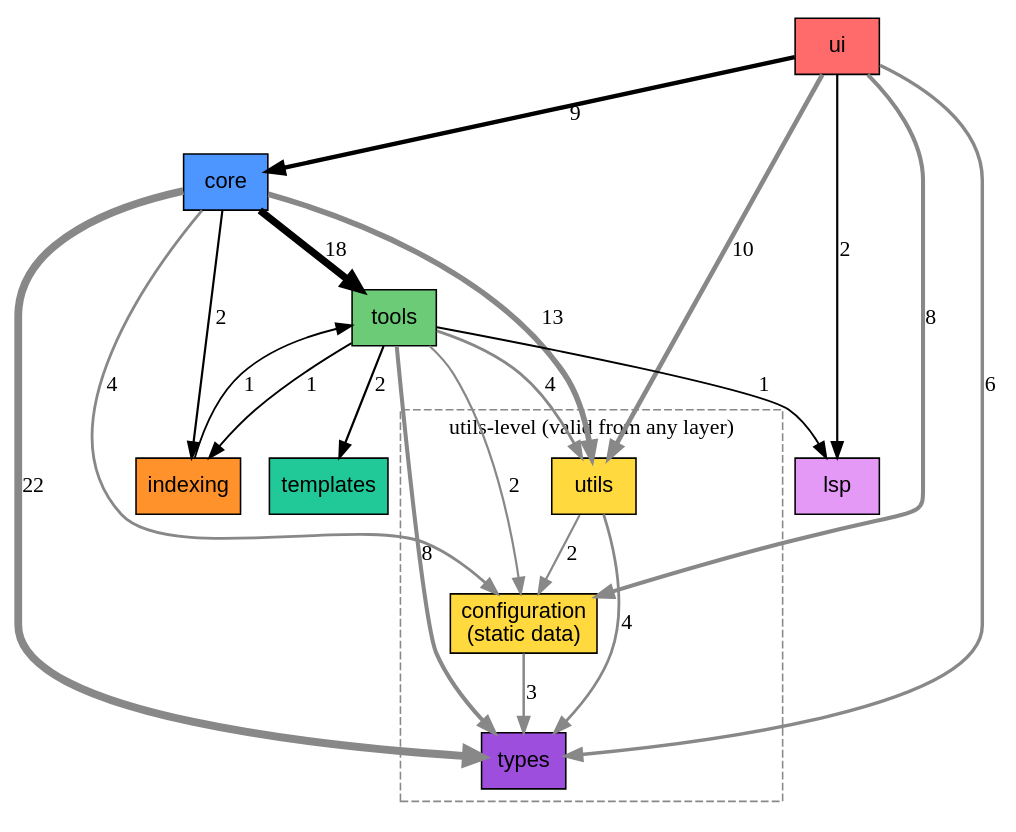
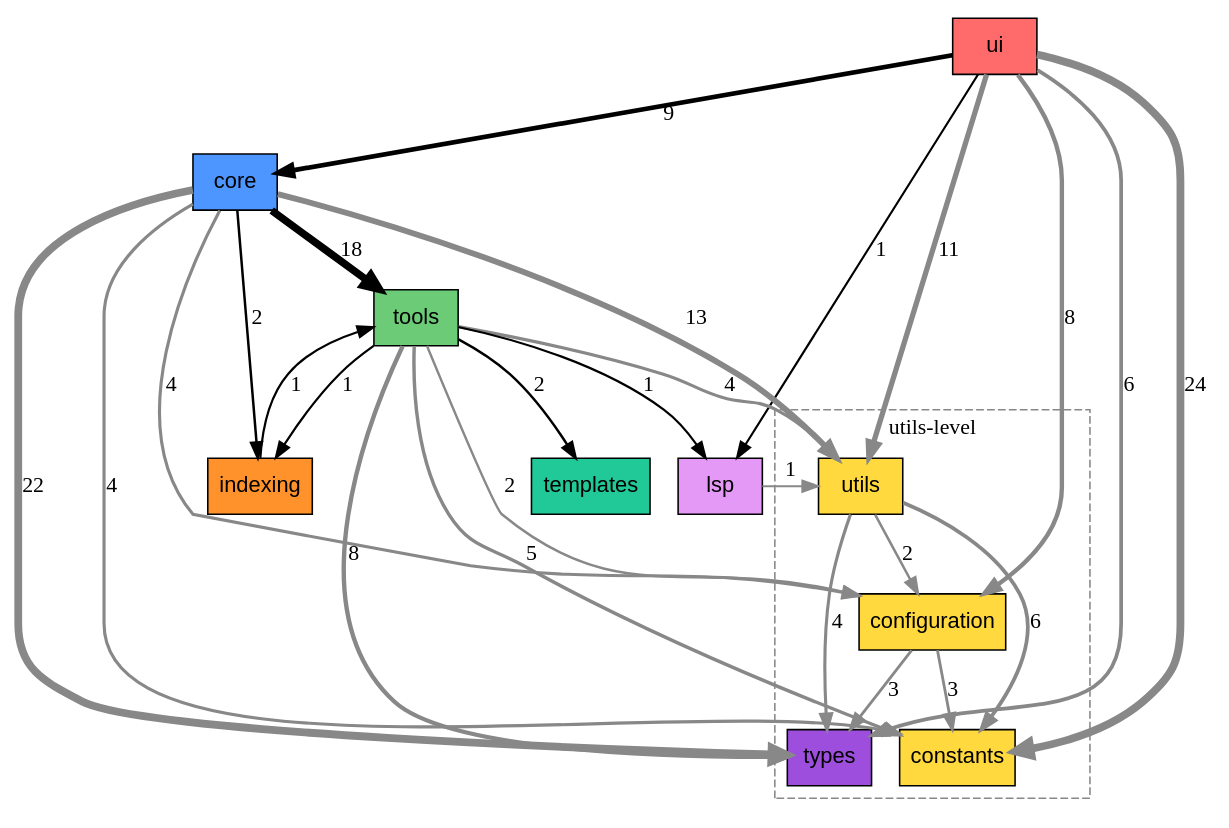
One commit to alchemiststudiosDOTai/tunacode changed the diagram in layers.dot. Above: the diagram before and after it, drawn with Graphviz.

Commit message:
docs: rebuild layers.dot with grimp
Accurate import counts from grimp analysis.
No dependency direction violations detected.

```diff
--- a/layers.dot
+++ b/layers.dot
@@ -1,53 +1,48 @@
-digraph tunacode_layers {
+digraph tunacode_deps {
   rankdir=TB;
   node [shape=box, style=filled, fontname="Arial"];
 
-  // Application layers (top to bottom)
-  ui [label="ui", fillcolor="#ff6b6b"];
-  core [label="core", fillcolor="#4d96ff"];
-  tools [label="tools", fillcolor="#6bcb77"];
-
-  // Utils-level modules (can be imported by any layer)
-  // These contain read-only static data or pure utilities
   subgraph cluster_utils_level {
-    label="utils-level (valid from any layer)";
+    label="utils-level";
     style=dashed;
     color="#888888";
     utils [label="utils", fillcolor="#ffd93d"];
     types [label="types", fillcolor="#9d4edd"];
-    configuration [label="configuration\n(static data)", fillcolor="#ffd93d"];
+    configuration [label="configuration", fillcolor="#ffd93d"];
+    constants [label="constants", fillcolor="#ffd93d"];
   }
 
-  // Infrastructure modules
+  ui [label="ui", fillcolor="#ff6b6b"];
+  core [label="core", fillcolor="#4d96ff"];
+  tools [label="tools", fillcolor="#6bcb77"];
   indexing [label="indexing", fillcolor="#ff922b"];
   lsp [label="lsp", fillcolor="#e599f7"];
   templates [label="templates", fillcolor="#20c997"];
 
-  // Utils-level internal dependencies (valid)
-  configuration -> types [label="3", penwidth=1.6, color="#888888"];
-  utils -> configuration [label="2", penwidth=1.4, color="#888888"];
-  utils -> types [label="4", penwidth=1.8, color="#888888"];
-
-  // Application layer dependencies
-  core -> indexing [label="2", penwidth=1.4];
-  core -> tools [label="18", penwidth=4.6];
-  indexing -> tools [label="1", penwidth=1.2];
-  tools -> indexing [label="1", penwidth=1.2];
-  tools -> lsp [label="1", penwidth=1.2];
-  tools -> templates [label="2", penwidth=1.4];
-  ui -> core [label="9", penwidth=2.8];
-  ui -> lsp [label="2", penwidth=1.4];
-
-  // Utils-level imports (always valid, shown in gray)
-  core -> configuration [label="4", penwidth=1.8, color="#888888"];
-  core -> types [label="22", penwidth=5, color="#888888"];
-  core -> utils [label="13", penwidth=3.6, color="#888888"];
-  tools -> configuration [label="2", penwidth=1.4, color="#888888"];
-  tools -> types [label="8", penwidth=2.6, color="#888888"];
-  tools -> utils [label="4", penwidth=1.8, color="#888888"];
-  ui -> configuration [label="8", penwidth=2.6, color="#888888"];
-  ui -> types [label="6", penwidth=2.2, color="#888888"];
-  ui -> utils [label="10", penwidth=3.0, color="#888888"];
-
-  // ui -> tools: FIXED (was 3 imports, now 0)
+  configuration -> constants [label="3", penwidth=1.8, color="#888888"];
+  configuration -> types [label="3", penwidth=1.8, color="#888888"];
+  core -> configuration [label="4", penwidth=2.0, color="#888888"];
+  core -> constants [label="4", penwidth=2.0, color="#888888"];
+  core -> indexing [label="2", penwidth=1.6];
+  core -> tools [label="18", penwidth=4.8];
+  core -> types [label="22", penwidth=5.0, color="#888888"];
+  core -> utils [label="13", penwidth=3.8, color="#888888"];
+  indexing -> tools [label="1", penwidth=1.4];
+  lsp -> utils [label="1", penwidth=1.4, color="#888888"];
+  tools -> configuration [label="2", penwidth=1.6, color="#888888"];
+  tools -> constants [label="5", penwidth=2.2, color="#888888"];
+  tools -> indexing [label="1", penwidth=1.4];
+  tools -> lsp [label="1", penwidth=1.4];
+  tools -> templates [label="2", penwidth=1.6];
+  tools -> types [label="8", penwidth=2.8, color="#888888"];
+  tools -> utils [label="4", penwidth=2.0, color="#888888"];
+  ui -> configuration [label="8", penwidth=2.8, color="#888888"];
+  ui -> constants [label="24", penwidth=5.0, color="#888888"];
+  ui -> core [label="9", penwidth=3.0];
+  ui -> lsp [label="1", penwidth=1.4];
+  ui -> types [label="6", penwidth=2.4, color="#888888"];
+  ui -> utils [label="11", penwidth=3.4, color="#888888"];
+  utils -> configuration [label="2", penwidth=1.6, color="#888888"];
+  utils -> constants [label="6", penwidth=2.4, color="#888888"];
+  utils -> types [label="4", penwidth=2.0, color="#888888"];
 }
```
